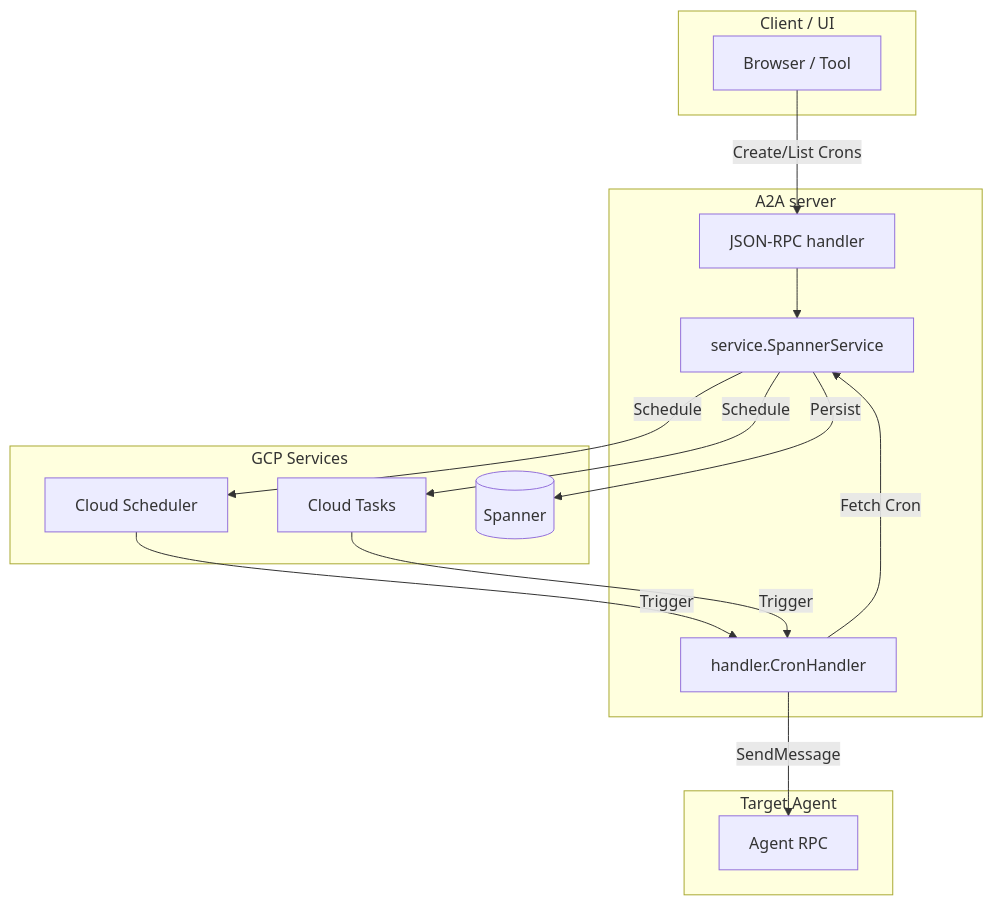
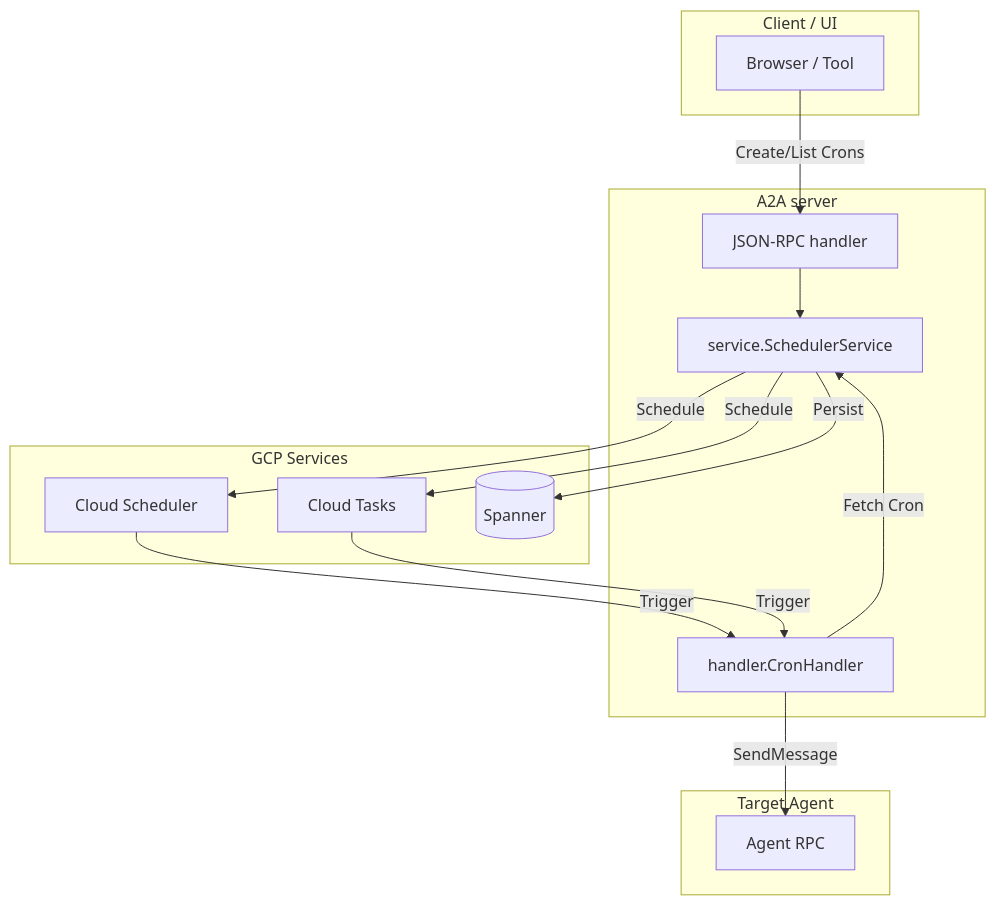
One commit to alis-exchange/a2a-scheduler-go changed the diagram in README.md. Above: the diagram before and after it, drawn with Mermaid. The commit also changed other lines of this file and 8 other files, not shown here.

````diff
--- a/README.md
+++ b/README.md
@@ -30,29 +30,29 @@
 ```mermaid
 flowchart TD
   subgraph client [Client / UI]
     C[Browser / Tool]
   end
   subgraph agent [A2A server]
     J[JSON-RPC handler]
-    S[service.SpannerService]
+    S[service.SchedulerService]
     H[handler.CronHandler]
   end
   subgraph gcp [GCP Services]
     CS[Cloud Scheduler]
     CT[Cloud Tasks]
     DB[(Spanner)]
   end
   subgraph target [Target Agent]
     TA[Agent RPC]
   end
 
   C -->|Create/List Crons| J
   J --> S
   S -->|Persist| DB
   S -->|Schedule| CS
   S -->|Schedule| CT
   CS -->|Trigger| H
   CT -->|Trigger| H
   H -->|Fetch Cron| S
   H -->|SendMessage| TA
 ```
````
